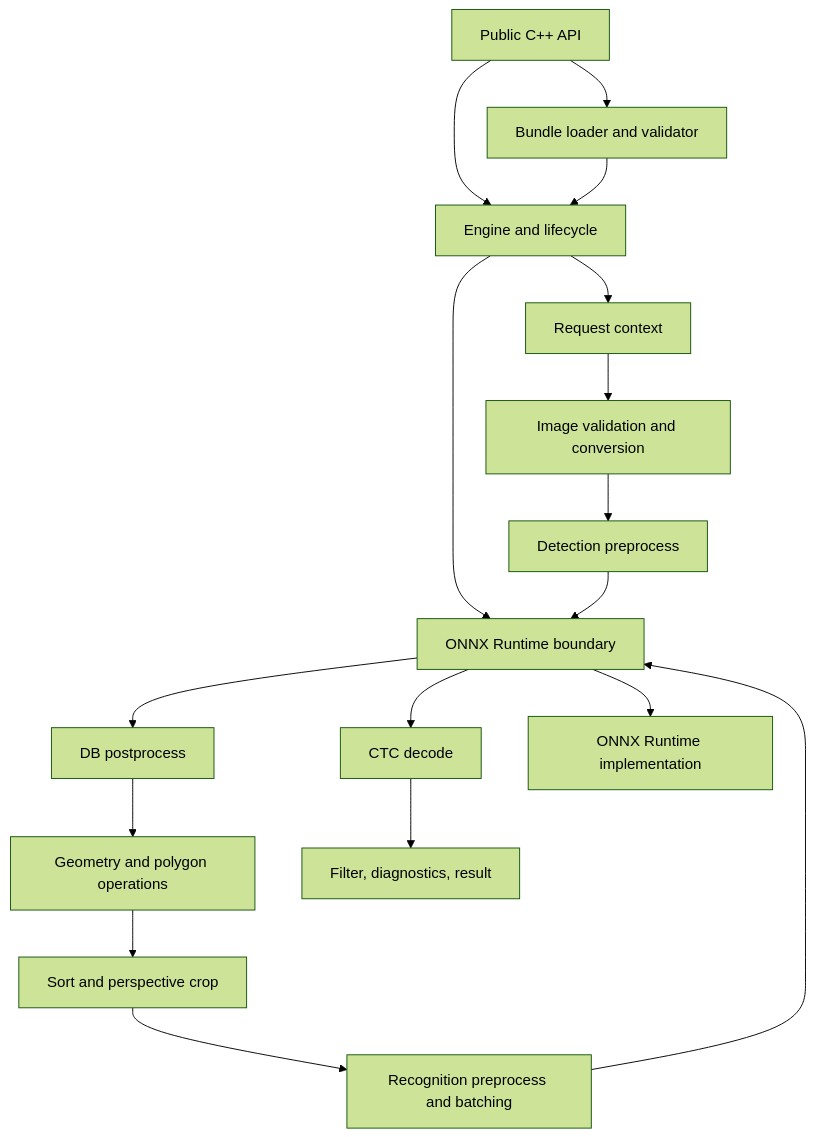
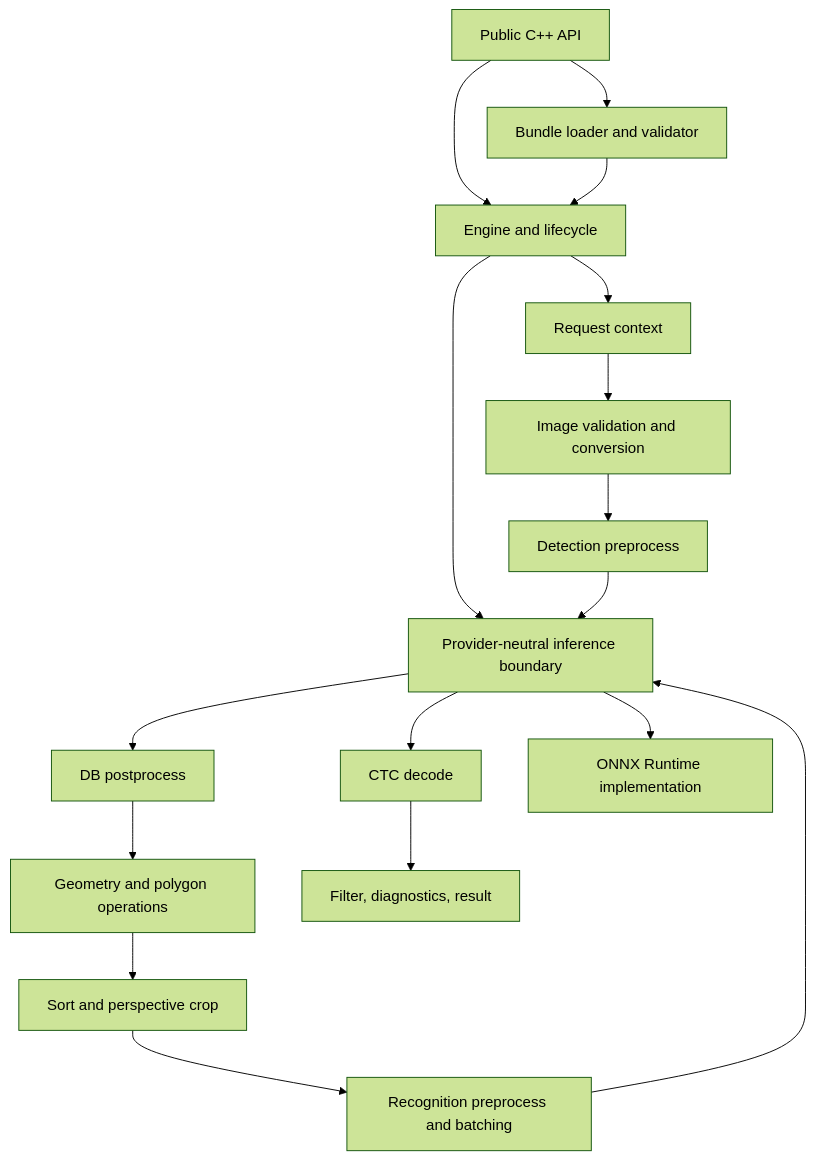
Before and after one commit to arcships/light-ocr: the first of 2 diagrams in docs/architecture.md, drawn with Mermaid (forest theme). The commit also changed other lines of this file and 59 other files, not shown here.

````diff
--- a/docs/architecture.md
+++ b/docs/architecture.md
@@ -23,34 +23,34 @@
 ```mermaid
 flowchart TB
     Public["Public C++ API"]
     Bundle["Bundle loader and validator"]
     Engine["Engine and lifecycle"]
     Request["Request context"]
     Image["Image validation and conversion"]
     DetPre["Detection preprocess"]
-    Backend["ONNX Runtime boundary"]
+    Backend["Provider-neutral inference boundary"]
     DetPost["DB postprocess"]
     Geometry["Geometry and polygon operations"]
     Crop["Sort and perspective crop"]
     RecPre["Recognition preprocess and batching"]
     Decode["CTC decode"]
     Assemble["Filter, diagnostics, result"]
     ORT["ONNX Runtime implementation"]
 
     Public --> Bundle
     Public --> Engine
     Engine --> Request
     Engine --> Backend
     Backend --> ORT
     Request --> Image
     Image --> DetPre
     DetPre --> Backend
     Backend --> DetPost
     DetPost --> Geometry
     Geometry --> Crop
     Crop --> RecPre
     RecPre --> Backend
     Backend --> Decode
     Decode --> Assemble
     Bundle --> Engine
 ```
````
